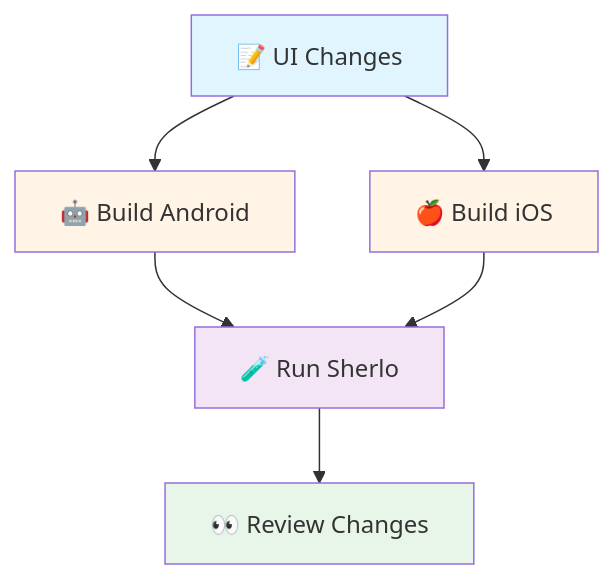
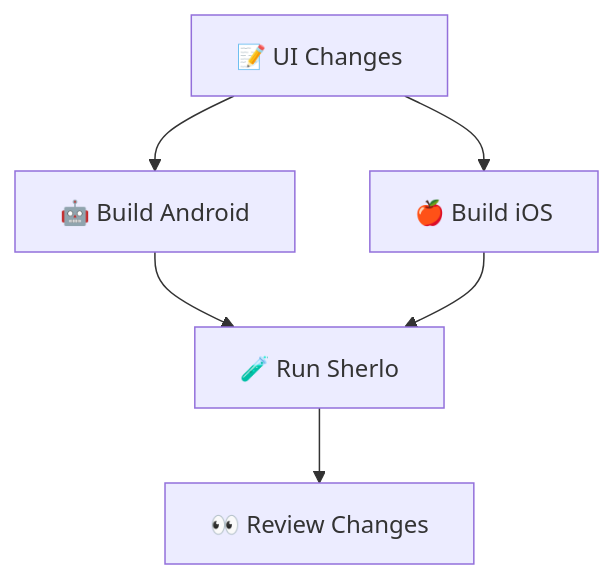
One commit to sherlo-io/sherlo changed the first of 4 diagrams in examples/standard/README.md. Above: the diagram before and after it, drawn with Mermaid. The commit also changed other lines of this file, not shown here.

````diff
--- a/examples/standard/README.md
+++ b/examples/standard/README.md
@@ -9,14 +9,14 @@
 ```mermaid
 flowchart TD
-    A["📝 UI Changes"] --> B["🤖 Build Android"]
-    A --> C["🍎 Build iOS"]
-    B --> D["🧪 Run Sherlo"]
-    C --> D
-    D --> E["👀 Review Changes"]
+    UI["📝 UI Changes"]
+    Android["🤖 Build Android"]
+    iOS["🍎 Build iOS"]
+    Sherlo["🧪 Run Sherlo"]
+    Review["👀 Review Changes"]
 
-    style A fill:#e1f5ff
-    style B fill:#fff4e6
-    style C fill:#fff4e6
-    style D fill:#f3e5f5
-    style E fill:#e8f5e9
+    UI --> Android
+    UI --> iOS
+    Android --> Sherlo
+    iOS --> Sherlo
+    Sherlo --> Review
 ```
````
